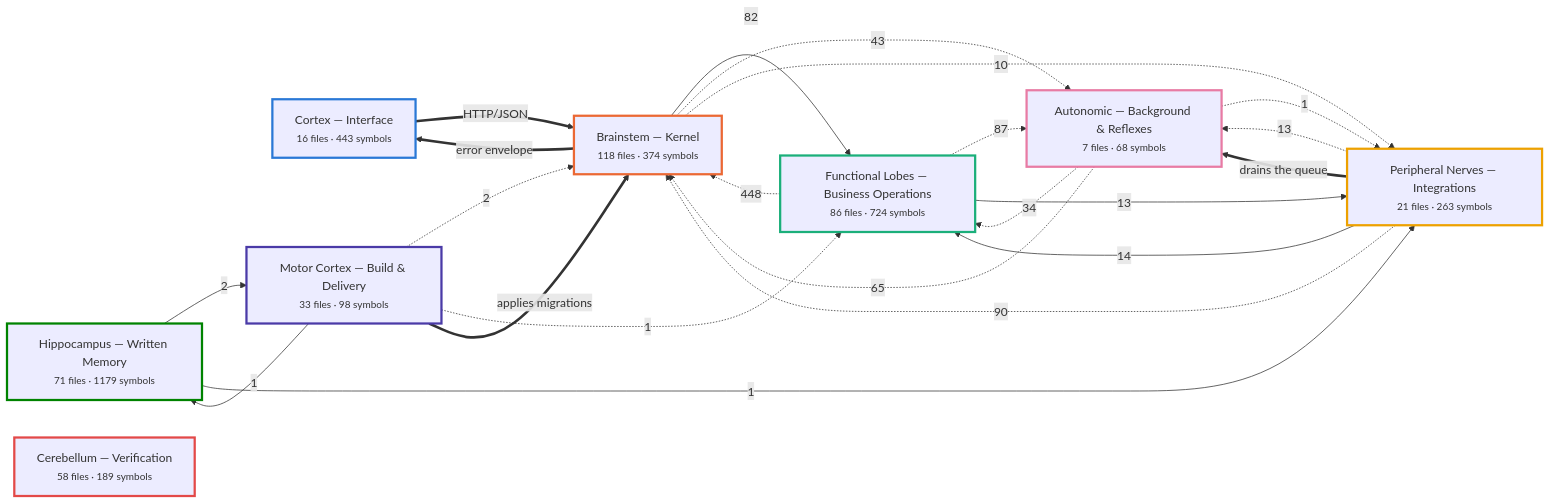
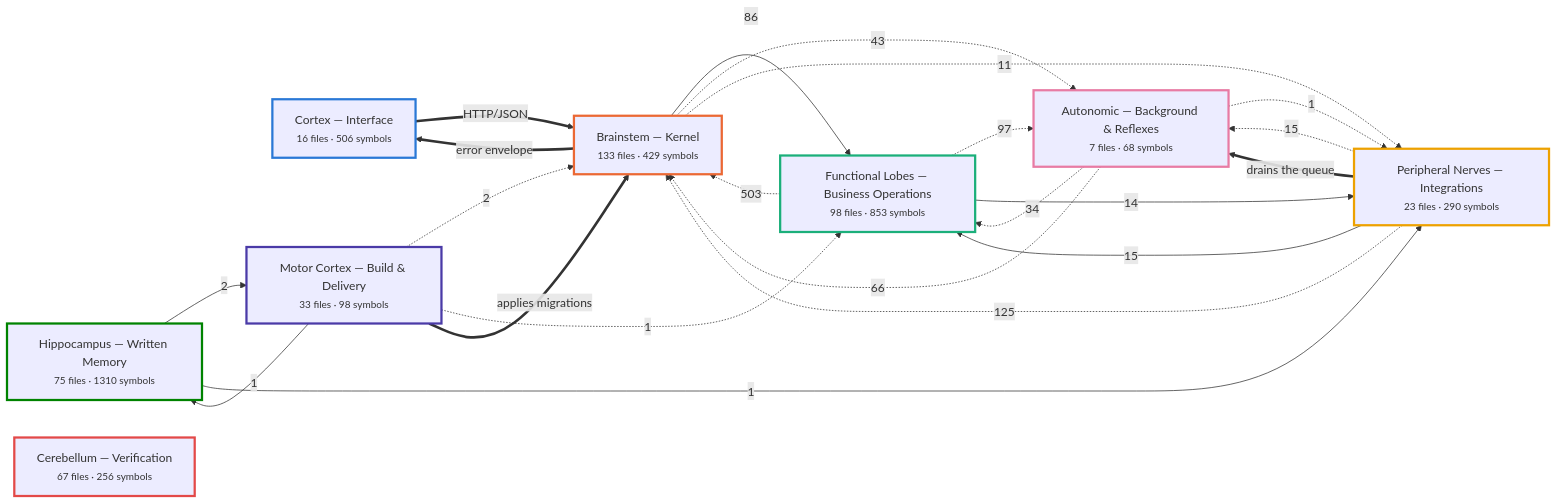
The first of 7 diagrams in docs/brain/BRAIN.md (Vishalnayak226/custom_erp), drawn with Mermaid before and after one commit. The commit also changed other lines of this file and 12 other files, not shown here.

````diff
--- a/docs/brain/BRAIN.md
+++ b/docs/brain/BRAIN.md
@@ -35,48 +35,48 @@
 ```mermaid
 flowchart LR
-  n_cortex["Cortex — Interface<br/><small>16 files · 443 symbols</small>"]
-  n_brainstem["Brainstem — Kernel<br/><small>118 files · 374 symbols</small>"]
-  n_business["Functional Lobes — Business Operations<br/><small>86 files · 724 symbols</small>"]
-  n_peripheral["Peripheral Nerves — Integrations<br/><small>21 files · 263 symbols</small>"]
+  n_cortex["Cortex — Interface<br/><small>16 files · 506 symbols</small>"]
+  n_brainstem["Brainstem — Kernel<br/><small>133 files · 429 symbols</small>"]
+  n_business["Functional Lobes — Business Operations<br/><small>98 files · 853 symbols</small>"]
+  n_peripheral["Peripheral Nerves — Integrations<br/><small>23 files · 290 symbols</small>"]
   n_autonomic["Autonomic — Background & Reflexes<br/><small>7 files · 68 symbols</small>"]
-  n_memory["Hippocampus — Written Memory<br/><small>71 files · 1179 symbols</small>"]
+  n_memory["Hippocampus — Written Memory<br/><small>75 files · 1310 symbols</small>"]
   n_motor["Motor Cortex — Build & Delivery<br/><small>33 files · 98 symbols</small>"]
-  n_verification["Cerebellum — Verification<br/><small>58 files · 189 symbols</small>"]
-  n_business -.->|448| n_brainstem
-  n_peripheral -.->|90| n_brainstem
-  n_business -.->|87| n_autonomic
-  n_brainstem -->|82| n_business
-  n_autonomic -.->|65| n_brainstem
+  n_verification["Cerebellum — Verification<br/><small>67 files · 256 symbols</small>"]
+  n_business -.->|503| n_brainstem
+  n_peripheral -.->|125| n_brainstem
+  n_business -.->|97| n_autonomic
+  n_brainstem -->|86| n_business
+  n_autonomic -.->|66| n_brainstem
   n_brainstem -.->|43| n_autonomic
   n_autonomic -.->|34| n_business
-  n_peripheral -->|14| n_business
-  n_business -->|13| n_peripheral
-  n_peripheral -.->|13| n_autonomic
-  n_brainstem -.->|10| n_peripheral
+  n_peripheral -.->|15| n_autonomic
+  n_peripheral -->|15| n_business
+  n_business -->|14| n_peripheral
+  n_brainstem -.->|11| n_peripheral
+  n_memory -->|2| n_motor
   n_motor -.->|2| n_brainstem
-  n_memory -->|2| n_motor
+  n_motor -->|1| n_memory
+  n_autonomic -.->|1| n_peripheral
+  n_memory -->|1| n_peripheral
   n_motor -.->|1| n_business
-  n_memory -->|1| n_peripheral
-  n_autonomic -.->|1| n_peripheral
-  n_motor -->|1| n_memory
   n_brainstem ==>|error envelope| n_cortex
   n_cortex ==>|HTTP/JSON| n_brainstem
   n_motor ==>|applies migrations| n_brainstem
   n_peripheral ==>|drains the queue| n_autonomic
   classDef n_cortex stroke:#2a78d6,stroke-width:3px;
   class n_cortex n_cortex;
   classDef n_brainstem stroke:#eb6834,stroke-width:3px;
   class n_brainstem n_brainstem;
   classDef n_business stroke:#1baf7a,stroke-width:3px;
   class n_business n_business;
   classDef n_peripheral stroke:#eda100,stroke-width:3px;
   class n_peripheral n_peripheral;
   classDef n_autonomic stroke:#e87ba4,stroke-width:3px;
   class n_autonomic n_autonomic;
   classDef n_memory stroke:#008300,stroke-width:3px;
   class n_memory n_memory;
   classDef n_motor stroke:#4a3aa7,stroke-width:3px;
   class n_motor n_motor;
   classDef n_verification stroke:#e34948,stroke-width:3px;
   class n_verification n_verification;
 ```
````
